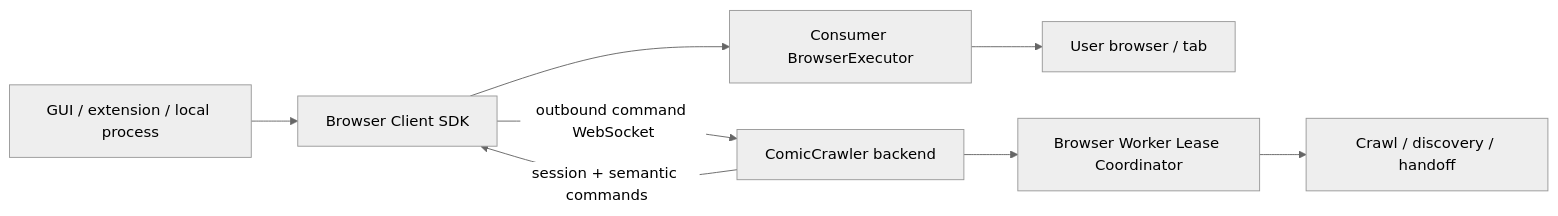
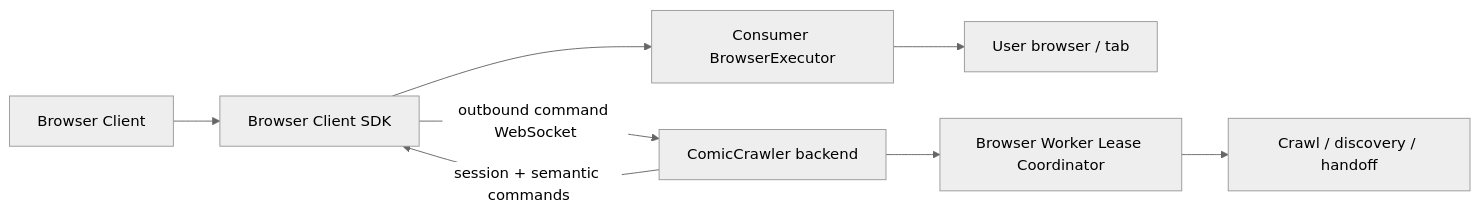
One commit to luberserker0v0/comic-crawler changed the third of 3 diagrams in docs/ARCHITECTURE.md. Above: the diagram before and after it, drawn with Mermaid (neutral theme). The commit also changed other lines of this file and 83 other files, not shown here.

Commit message:
feat: complete browser client and adapter lifecycle flows

````diff
--- a/docs/ARCHITECTURE.md
+++ b/docs/ARCHITECTURE.md
@@ -219,10 +219,10 @@
 ```mermaid
 flowchart LR
-  App[GUI / extension / local process] --> SDK[Browser Client SDK]
+  App[Browser Client] --> SDK[Browser Client SDK]
   SDK -->|outbound command WebSocket| Cloud[ComicCrawler backend]
   Cloud -->|session + semantic commands| SDK
   SDK --> Executor[Consumer BrowserExecutor]
   Executor --> Browser[User browser / tab]
   Cloud --> Lease[Browser Worker Lease Coordinator]
   Lease --> Crawl[Crawl / discovery / handoff]
 ```
````
